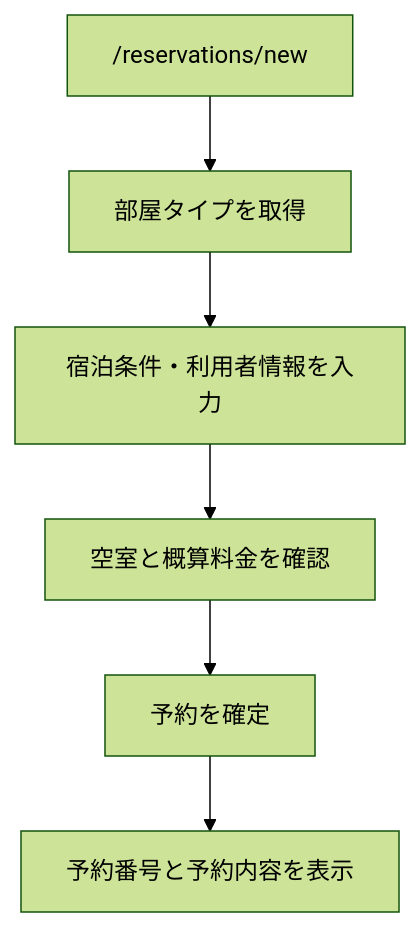
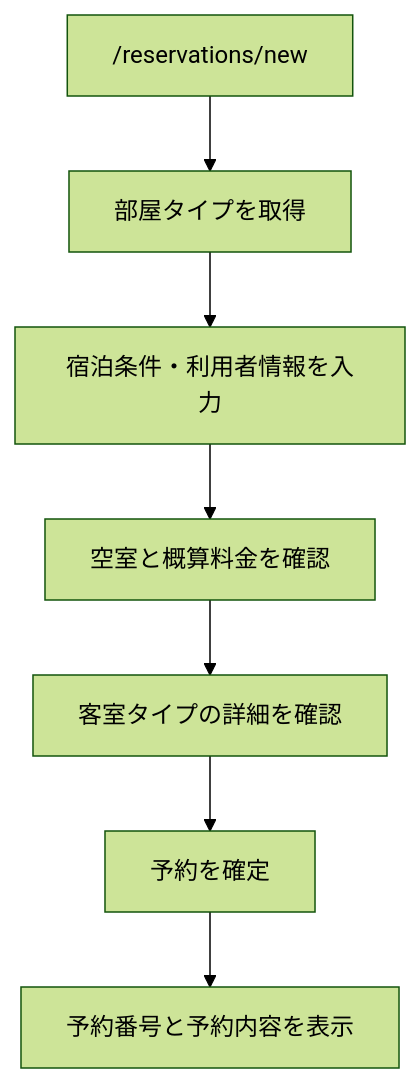
The first of 5 diagrams in docs/design/ui-routing-design.md (97kuek/HRS), drawn with Mermaid (forest theme) before and after one commit. The commit also changed 2 other files, not shown here.

Commit message:
feat: 客室詳細と予約日入力を改善

````diff
--- a/docs/design/ui-routing-design.md
+++ b/docs/design/ui-routing-design.md
@@ -78,11 +78,12 @@
 ```mermaid
 flowchart TD
     start["/reservations/new"]
     roomTypes["部屋タイプを取得"]
     input["宿泊条件・利用者情報を入力"]
     availability["空室と概算料金を確認"]
+    roomDetail["客室タイプの詳細を確認"]
     submit["予約を確定"]
     result["予約番号と予約内容を表示"]
 
-    start --> roomTypes --> input --> availability --> submit --> result
+    start --> roomTypes --> input --> availability --> roomDetail --> submit --> result
 ```
````
